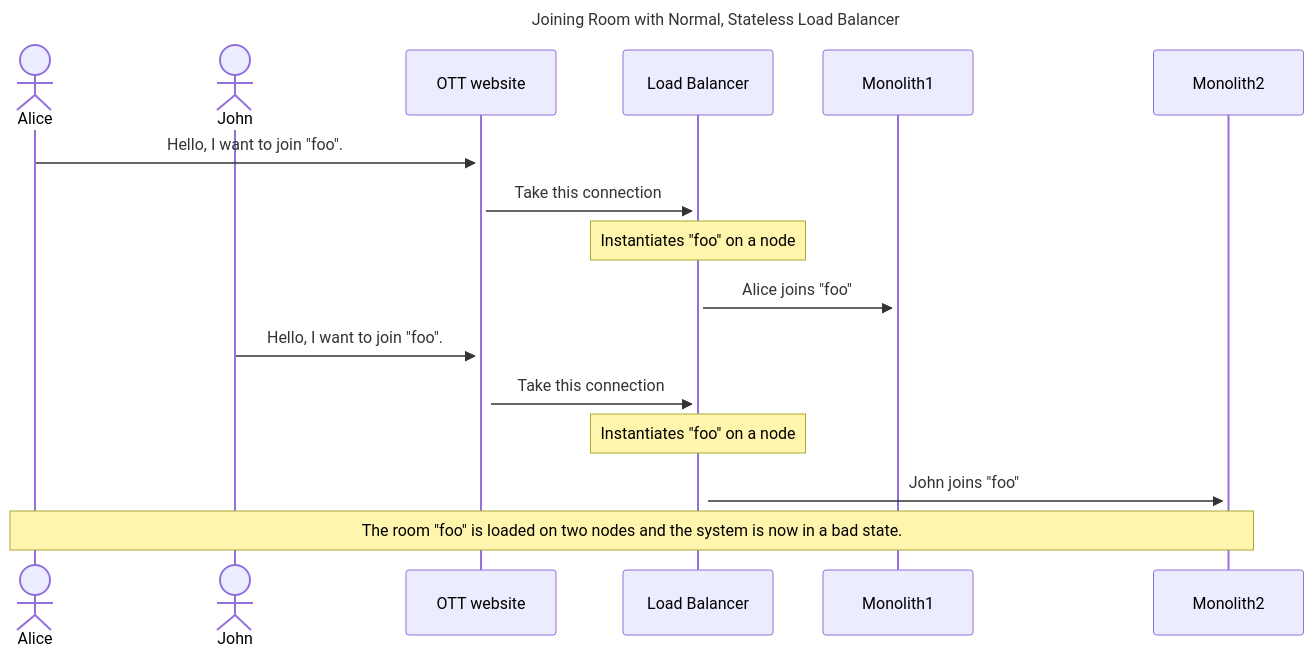
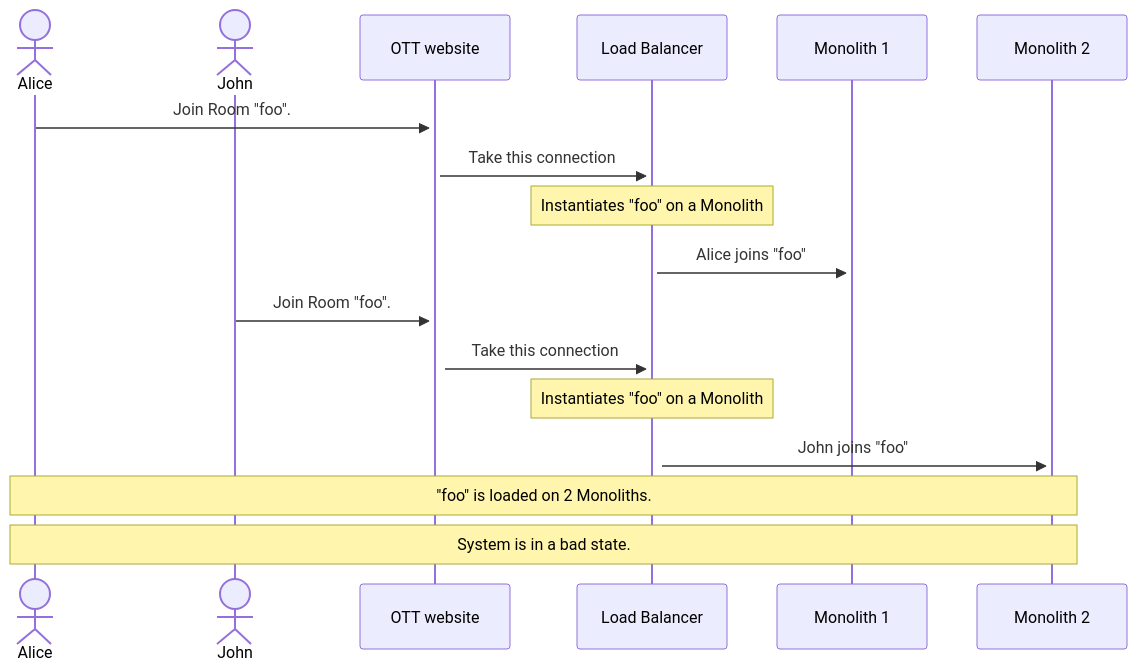
Before and after one commit to dyc3/senior-design: the diagram in figures/join-room-stateless.mmd, drawn with Mermaid. The commit also changed 11 other files, not shown here.

First line of the commit message:
Improve diagram readability (#149)

```diff
--- a/figures/join-room-stateless.mmd
+++ b/figures/join-room-stateless.mmd
@@ -1,19 +1,17 @@
----
-title: Joining Room with Normal, Stateless Load Balancer
----
 sequenceDiagram
     actor Alice
     actor John
     participant OTT as OTT website
     participant L as Load Balancer
-    participant N as Monolith1
-    participant M as Monolith2
-    Alice->>+OTT: Hello, I want to join "foo".
+    participant M1 as Monolith 1
+    participant M2 as Monolith 2
+    Alice->>+OTT: Join Room "foo".
     OTT->>+L: Take this connection
-    Note over L: Instantiates "foo" on a node
-    L->>+N: Alice joins "foo"
-    John->>+OTT: Hello, I want to join "foo".
+    Note over L: Instantiates "foo" on a Monolith
+    L->>+M1: Alice joins "foo"
+    John->>+OTT: Join Room "foo".
     OTT->>+L: Take this connection
-    Note over L: Instantiates "foo" on a node
-    L->>+M: John joins "foo"
-    Note over Alice,M: The room "foo" is loaded on two nodes and the system is now in a bad state.
+    Note over L: Instantiates "foo" on a Monolith
+    L->>+M2: John joins "foo"
+    Note over Alice,M2: "foo" is loaded on 2 Monoliths.
+    Note over Alice,M2: System is in a bad state.
```
